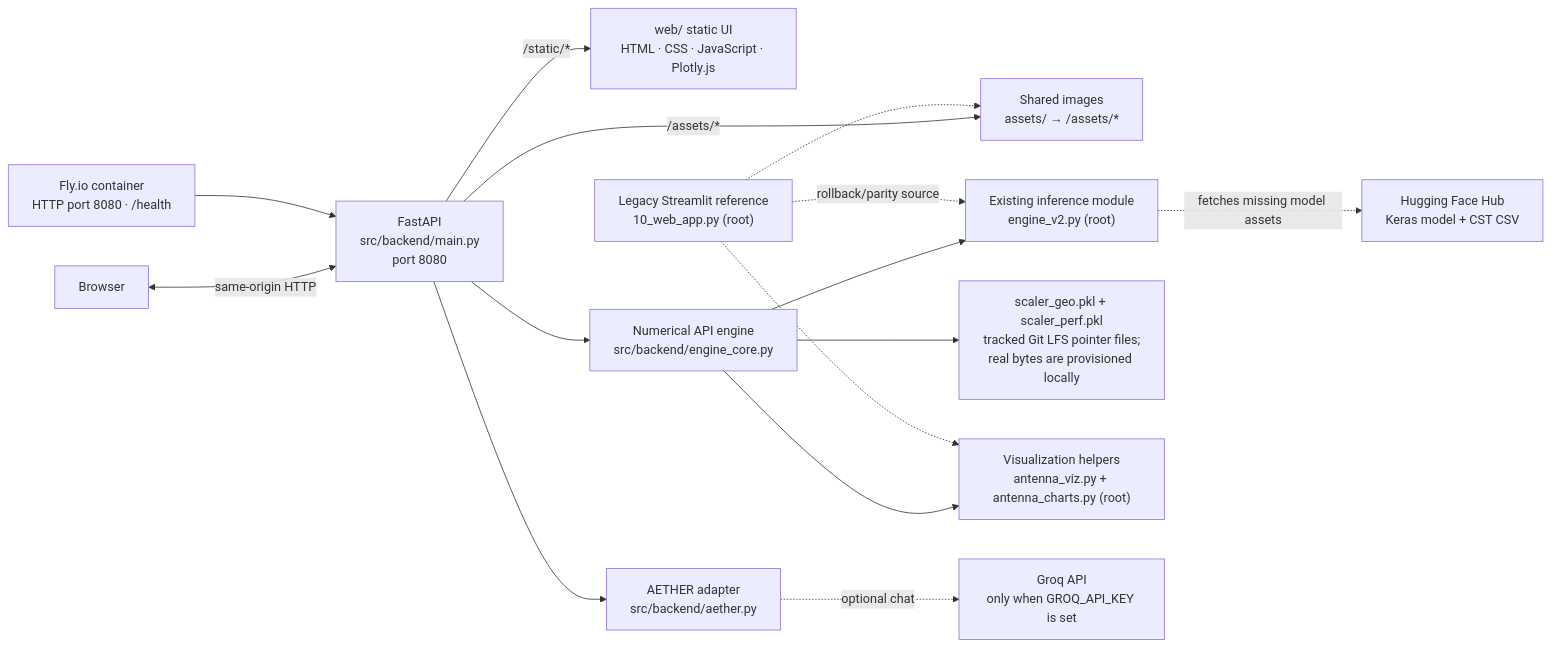
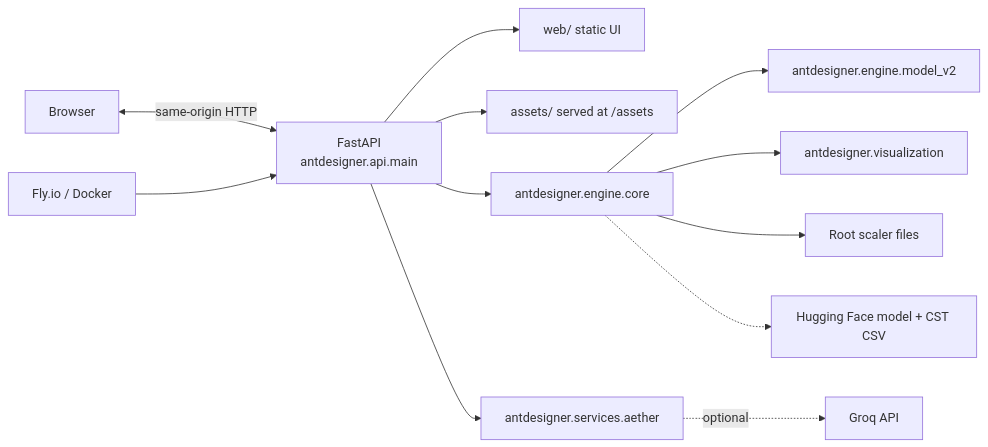
Before and after one commit to kara-nawzad/AntDesigner: the diagram in docs/architecture.md, drawn with Mermaid. The commit also changed other lines of this file and 13 other files, not shown here.

````diff
--- a/docs/architecture.md
+++ b/docs/architecture.md
@@ -5,31 +5,14 @@
 ```mermaid
 flowchart LR
-    Browser[Browser]
-    Web["web/ static UI<br/>HTML · CSS · JavaScript · Plotly.js"]
-    API["FastAPI<br/>src/backend/main.py<br/>port 8080"]
-    Assets["Shared images<br/>assets/ → /assets/*"]
-    Core["Numerical API engine<br/>src/backend/engine_core.py"]
-    V2["Existing inference module<br/>engine_v2.py (root)"]
-    External["Hugging Face Hub<br/>Keras model + CST CSV"]
-    Scalers["scaler_geo.pkl + scaler_perf.pkl<br/>tracked Git LFS pointer files;<br/>real bytes are provisioned locally"]
-    Viz["Visualization helpers<br/>antenna_viz.py + antenna_charts.py (root)"]
-    Aether["AETHER adapter<br/>src/backend/aether.py"]
-    Groq["Groq API<br/>only when GROQ_API_KEY is set"]
-    Fly["Fly.io container<br/>HTTP port 8080 · /health"]
-    Legacy["Legacy Streamlit reference<br/>10_web_app.py (root)"]
-
-    Browser <-->|"same-origin HTTP"| API
-    API -->|"/static/*"| Web
-    API -->|"/assets/*"| Assets
-    API --> Core
-    Core --> V2
-    Core --> Scalers
-    V2 -. "fetches missing model assets" .-> External
-    Core --> Viz
-    API --> Aether
-    Aether -. "optional chat" .-> Groq
-    Fly --> API
-    Legacy -. "rollback/parity source" .-> V2
-    Legacy -.-> Viz
-    Legacy -.-> Assets
+    Browser[Browser] <-->|same-origin HTTP| API["FastAPI<br/>antdesigner.api.main"]
+    API --> Web["web/ static UI"]
+    API --> Images["assets/ served at /assets"]
+    API --> Core["antdesigner.engine.core"]
+    Core --> V2["antdesigner.engine.model_v2"]
+    Core --> Viz["antdesigner.visualization"]
+    Core --> Scalers["Root scaler files"]
+    Core -.-> HF["Hugging Face model + CST CSV"]
+    API --> Aether["antdesigner.services.aether"]
+    Aether -. optional .-> Groq["Groq API"]
+    Fly["Fly.io / Docker"] --> API
 ```
````
